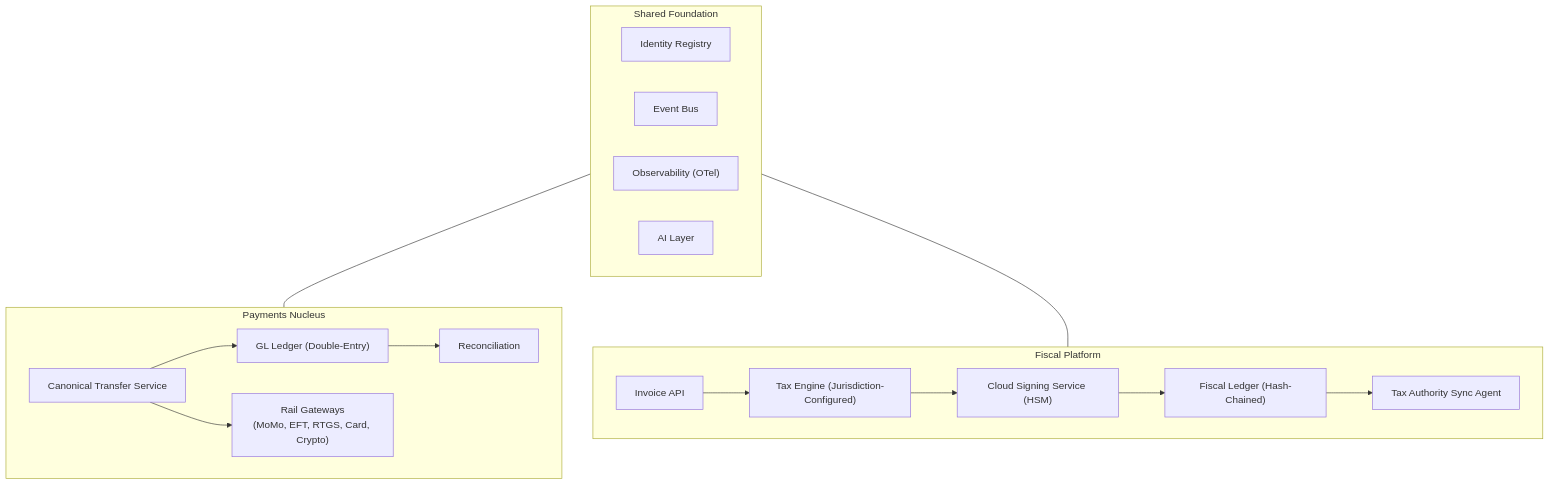
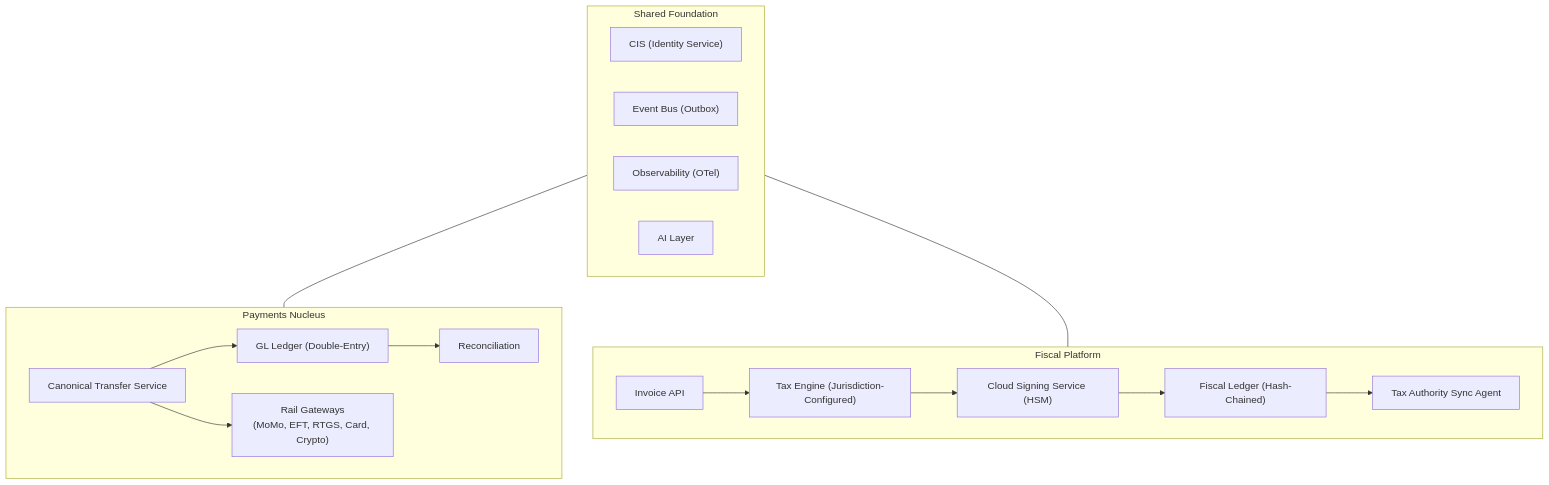
The diagram in docs/index.md (stalela/stalela-docs), drawn with Mermaid before and after one commit. The commit also changed other lines of this file and 106 other files, not shown here.

````diff
--- a/docs/index.md
+++ b/docs/index.md
@@ -9,35 +9,35 @@
 ```mermaid
 flowchart TD
     subgraph Foundation["Shared Foundation"]
-        ID["Identity Registry"]
-        EB["Event Bus"]
+        ID["CIS (Identity Service)"]
+        EB["Event Bus (Outbox)"]
         OBS["Observability (OTel)"]
         AI["AI Layer"]
     end
 
     subgraph PAY["Payments Nucleus"]
         CTS["Canonical Transfer Service"]
         GL["GL Ledger (Double-Entry)"]
         RAILS["Rail Gateways\n(MoMo, EFT, RTGS, Card, Crypto)"]
         RECON["Reconciliation"]
     end
 
     subgraph FIS["Fiscal Platform"]
         INV["Invoice API"]
         TAX["Tax Engine (Jurisdiction-Configured)"]
         CSS["Cloud Signing Service (HSM)"]
         FL["Fiscal Ledger (Hash-Chained)"]
         SYNC["Tax Authority Sync Agent"]
     end
 
     CTS --> GL
     CTS --> RAILS
     GL --> RECON
     INV --> TAX
     TAX --> CSS
     CSS --> FL
     FL --> SYNC
 
     Foundation --- PAY
     Foundation --- FIS
 ```
````
